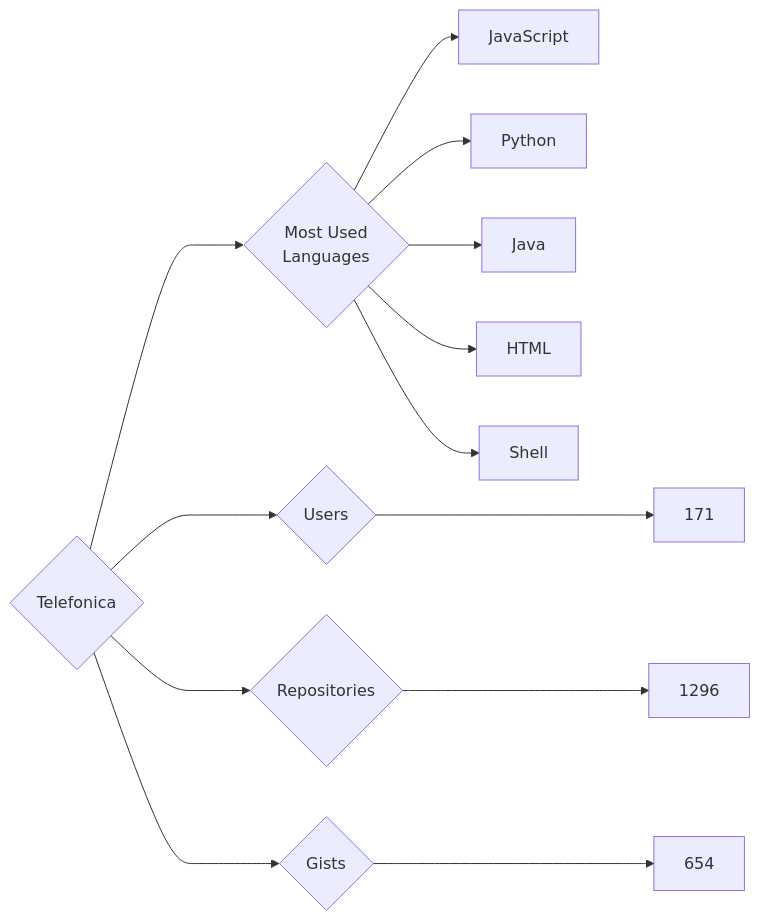
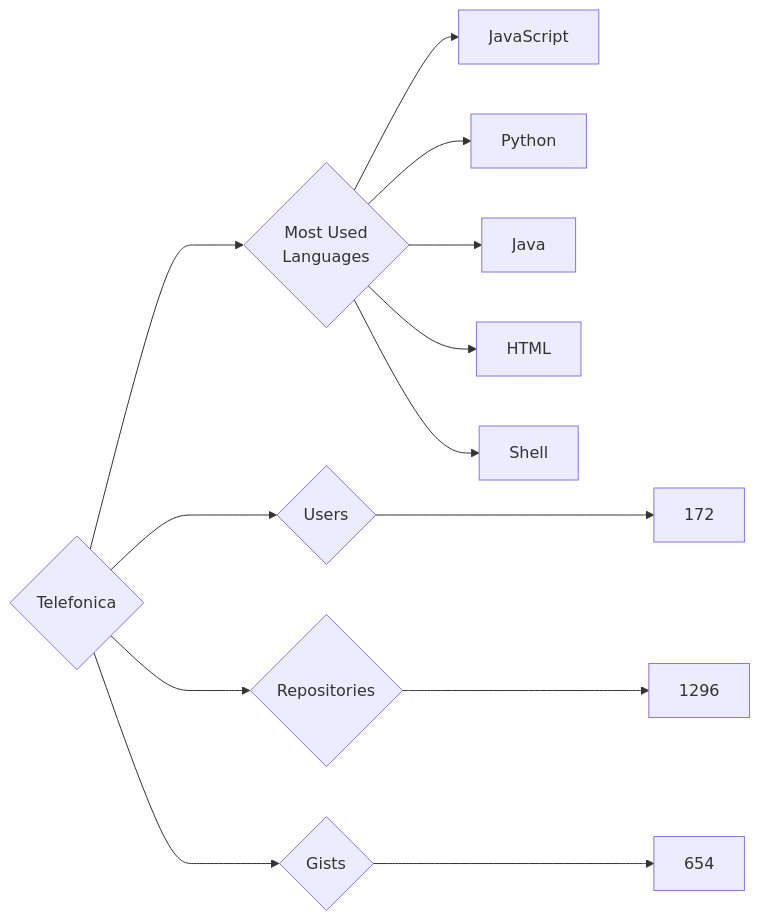
The diagram in targets/Telefonica/README.md (trickest/insiders), drawn with Mermaid before and after one commit. The commit also changed 851 other files, not shown here.

````diff
--- a/targets/Telefonica/README.md
+++ b/targets/Telefonica/README.md
@@ -3,13 +3,13 @@
 ```mermaid
 graph LR
 COMPANY_NAME{Telefonica}
-COMPANY_NAME ---> U{Users} ---> UN[171]
+COMPANY_NAME ---> U{Users} ---> UN[172]
 COMPANY_NAME ---> R{Repositories} ---> RN[1296]
 COMPANY_NAME ---> G{Gists} ---> GN[654]
 COMPANY_NAME ---> ML{Most Used<br>Languages}
 ML --> JavaScript[JavaScript]
 ML --> Python[Python]
 ML --> Java[Java]
 ML --> HTML[HTML]
 ML --> Shell[Shell]
 ```
````
